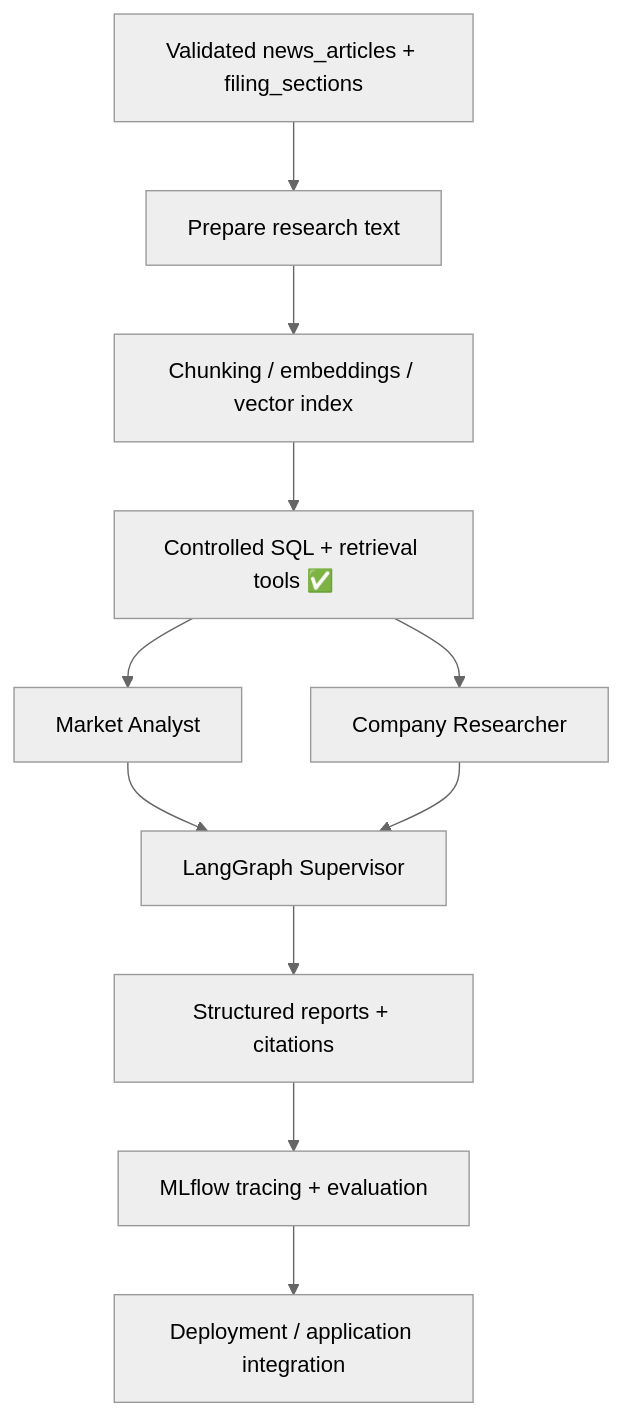
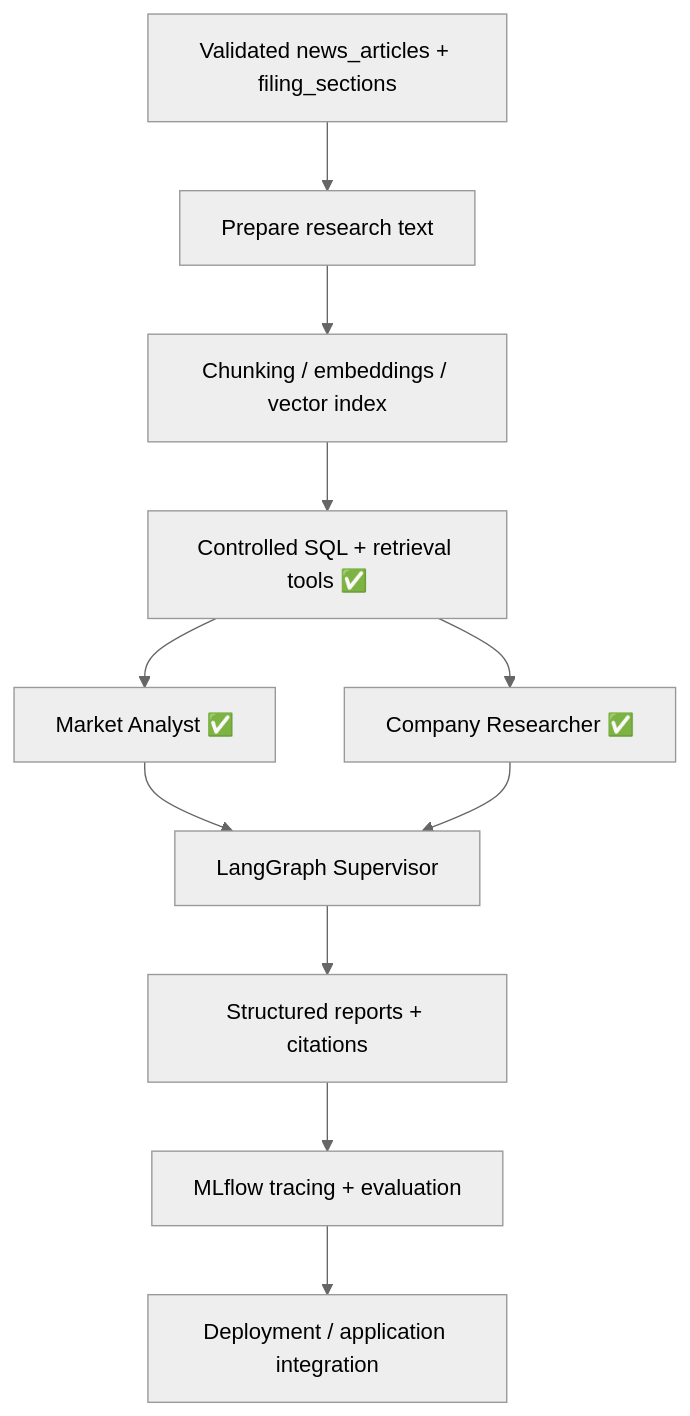
The second of 2 diagrams in PLAN.md (maghdam/multi-agent-equity-research-system-on-databricks), drawn with Mermaid (neutral theme) before and after one commit. The commit also changed other lines of this file, not shown here.

````diff
--- a/PLAN.md
+++ b/PLAN.md
@@ -67,17 +67,17 @@
 ```mermaid
 flowchart TB
     A["Validated news_articles + filing_sections"]
     A --> B["Prepare research text"]
     B --> C["Chunking / embeddings / vector index"]
     C --> D["Controlled SQL + retrieval tools ✅"]
 
-    D --> E1["Market Analyst"]
-    D --> E2["Company Researcher"]
+    D --> E1["Market Analyst ✅"]
+    D --> E2["Company Researcher ✅"]
 
     E1 --> F["LangGraph Supervisor"]
     E2 --> F
 
     F --> G["Structured reports + citations"]
     G --> H["MLflow tracing + evaluation"]
     H --> I["Deployment / application integration"]
 ```
````
